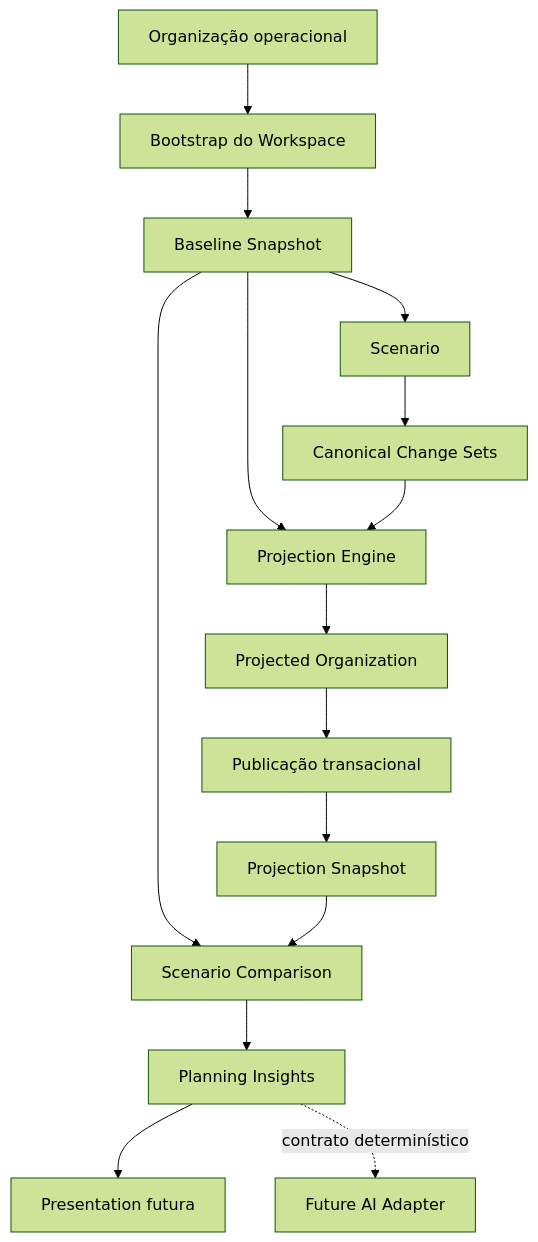
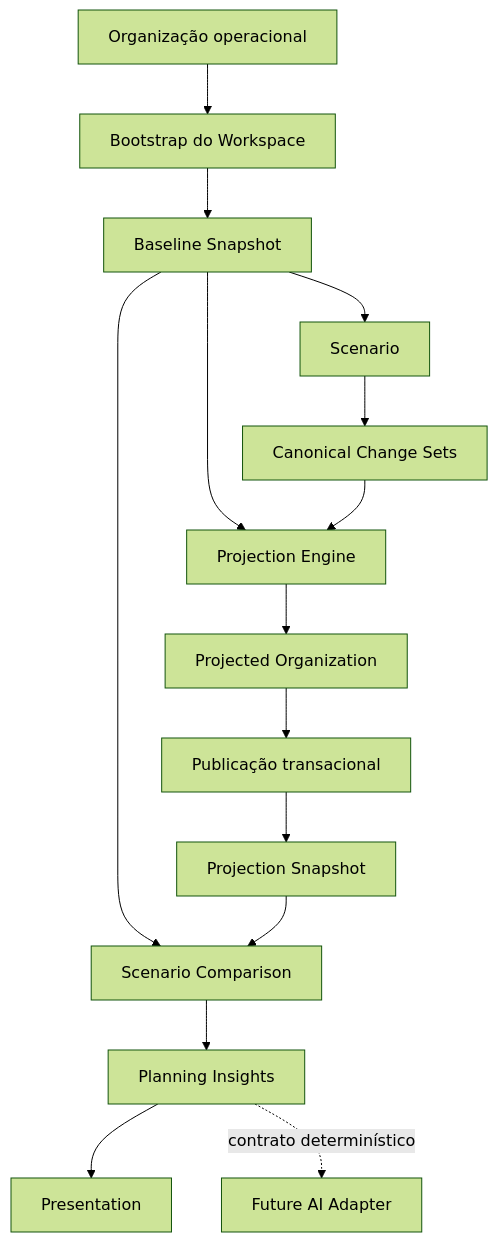
One commit to docalencar/evol-os changed the first of 2 diagrams in docs/Architecture/organization-planning.md. Above: the diagram before and after it, drawn with Mermaid (forest theme). The commit also changed other lines of this file and 47 other files, not shown here.

````diff
--- a/docs/Architecture/organization-planning.md
+++ b/docs/Architecture/organization-planning.md
@@ -16,17 +16,17 @@
 ```mermaid
 flowchart TD
   Operational[Organização operacional] --> Bootstrap[Bootstrap do Workspace]
   Bootstrap --> Baseline[Baseline Snapshot]
   Baseline --> Scenario[Scenario]
   Scenario --> ChangeSets[Canonical Change Sets]
   Baseline --> Projection[Projection Engine]
   ChangeSets --> Projection
   Projection --> Projected[Projected Organization]
   Projected --> Publication[Publicação transacional]
   Publication --> Snapshot[Projection Snapshot]
   Baseline --> Comparison[Scenario Comparison]
   Snapshot --> Comparison
   Comparison --> Insights[Planning Insights]
-  Insights --> Presentation[Presentation futura]
+  Insights --> Presentation[Presentation]
   Insights -. contrato determinístico .-> AI[Future AI Adapter]
 ```
````
